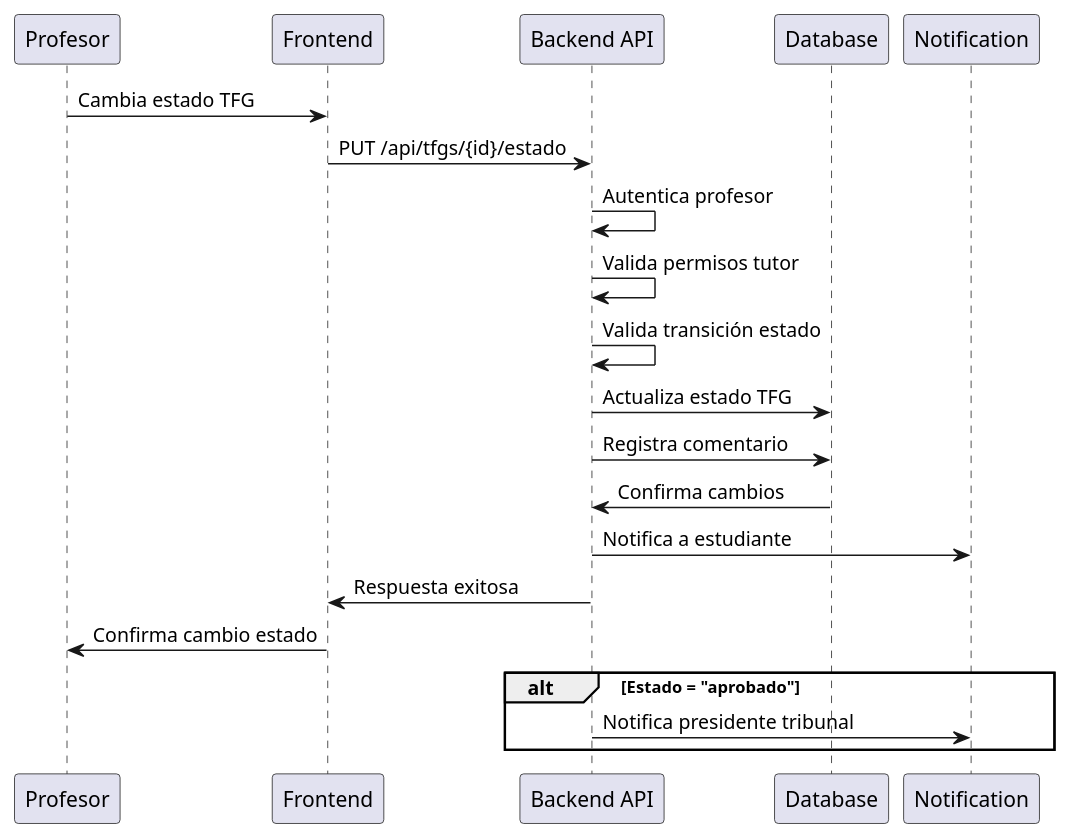
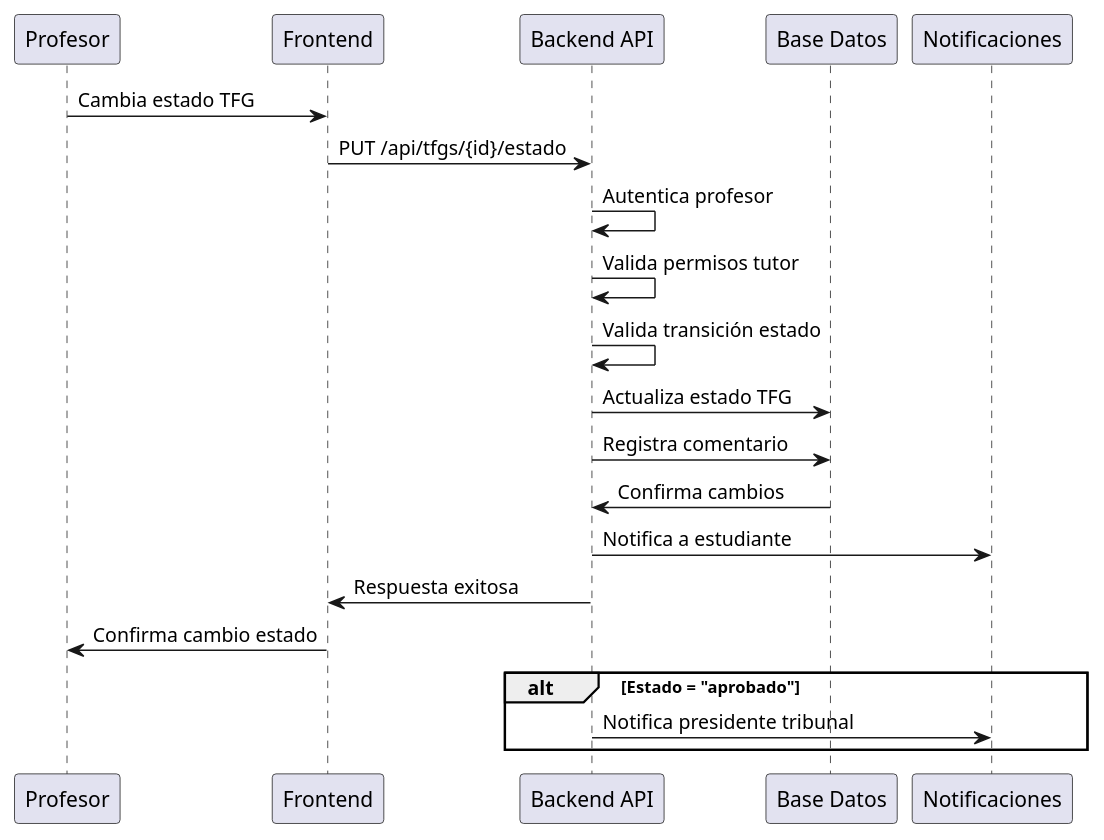
The third of 4 diagrams in docs/04_analisis_sistema.md (JuanmaCenteno/PlataformaTFG), drawn with PlantUML before and after one commit. The commit also changed other lines of this file and 4 other files, not shown here.

````diff
--- a/docs/04_analisis_sistema.md
+++ b/docs/04_analisis_sistema.md
@@ -447,25 +447,25 @@
 ```plantuml
 @startuml
 participant "Profesor" as PROF
 participant "Frontend" as FE
 participant "Backend API" as BE
-participant "Database" as DB
-participant "Notification" as NOT
+participant "Base Datos" as DB
+participant "Notificaciones" as NOT
 
 PROF -> FE: Cambia estado TFG
 FE -> BE: PUT /api/tfgs/{id}/estado
 BE -> BE: Autentica profesor
 BE -> BE: Valida permisos tutor
 BE -> BE: Valida transición estado
 BE -> DB: Actualiza estado TFG
 BE -> DB: Registra comentario
 DB -> BE: Confirma cambios
 BE -> NOT: Notifica a estudiante
 BE -> FE: Respuesta exitosa
 FE -> PROF: Confirma cambio estado
 
 alt Estado = "aprobado"
   BE -> NOT: Notifica presidente tribunal
 end
 @enduml
 ```
````
